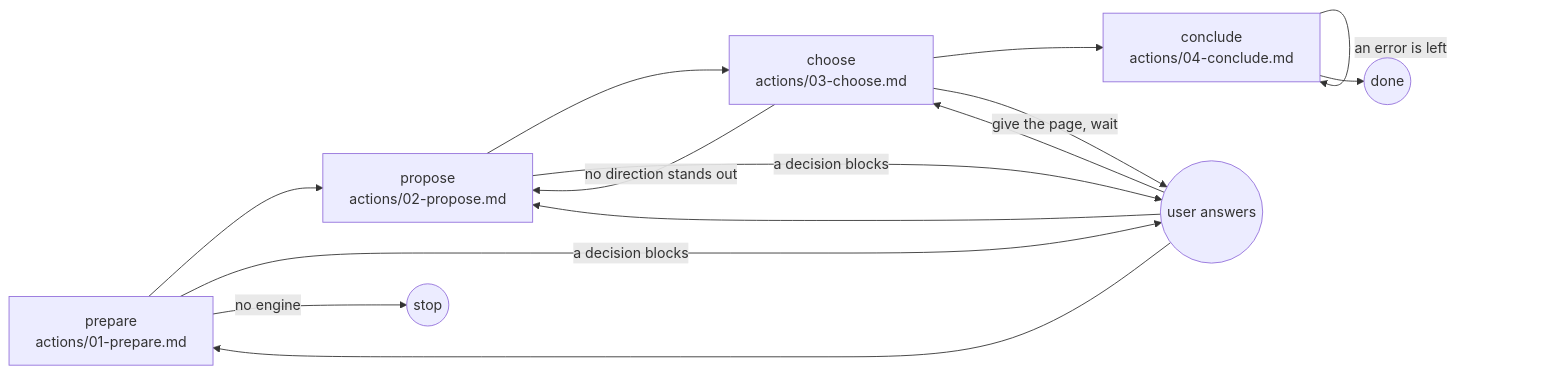
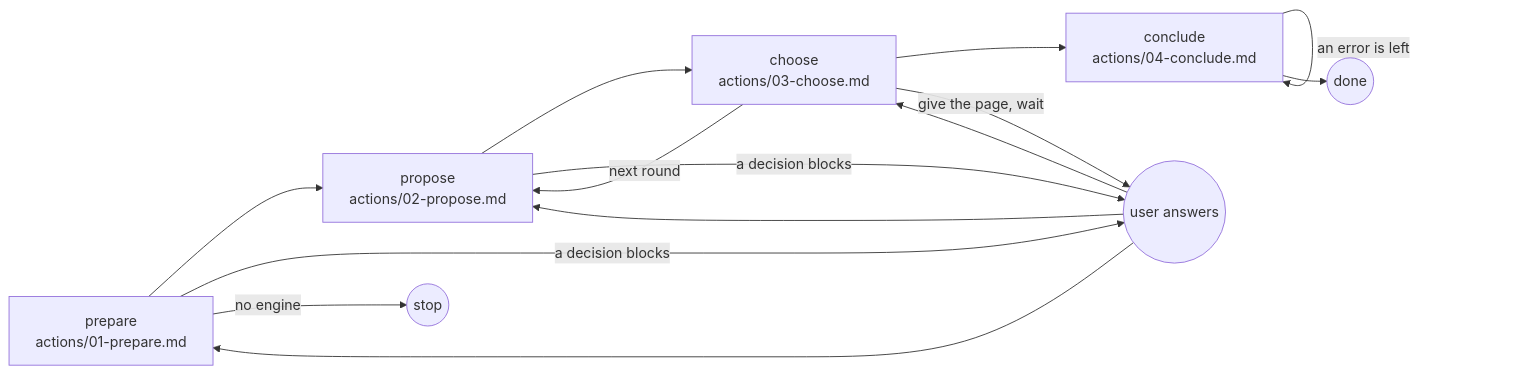
Before and after one commit to ai-driven-dev/framework: the diagram in plugins/aidd-ui/skills/02-brand/SKILL.md, drawn with Mermaid. The commit also changed 4 other files, not shown here.

````diff
--- a/plugins/aidd-ui/skills/02-brand/SKILL.md
+++ b/plugins/aidd-ui/skills/02-brand/SKILL.md
@@ -10,16 +10,16 @@
 ```mermaid
 flowchart LR
   prepare["prepare<br>actions/01-prepare.md"] --> propose["propose<br>actions/02-propose.md"]
   propose --> choose["choose<br>actions/03-choose.md"]
   choose --> conclude["conclude<br>actions/04-conclude.md"]
   prepare -->|"a decision blocks"| user((user answers))
   propose -->|"a decision blocks"| user
-  choose -->|"no direction stands out"| propose
+  choose -->|"next round"| propose
   choose -->|"give the page, wait"| user
   user --> prepare
   user --> propose
   user --> choose
   conclude -->|"an error is left"| conclude
   conclude --> done((done))
   prepare -->|"no engine"| stop((stop))
 ```
````
